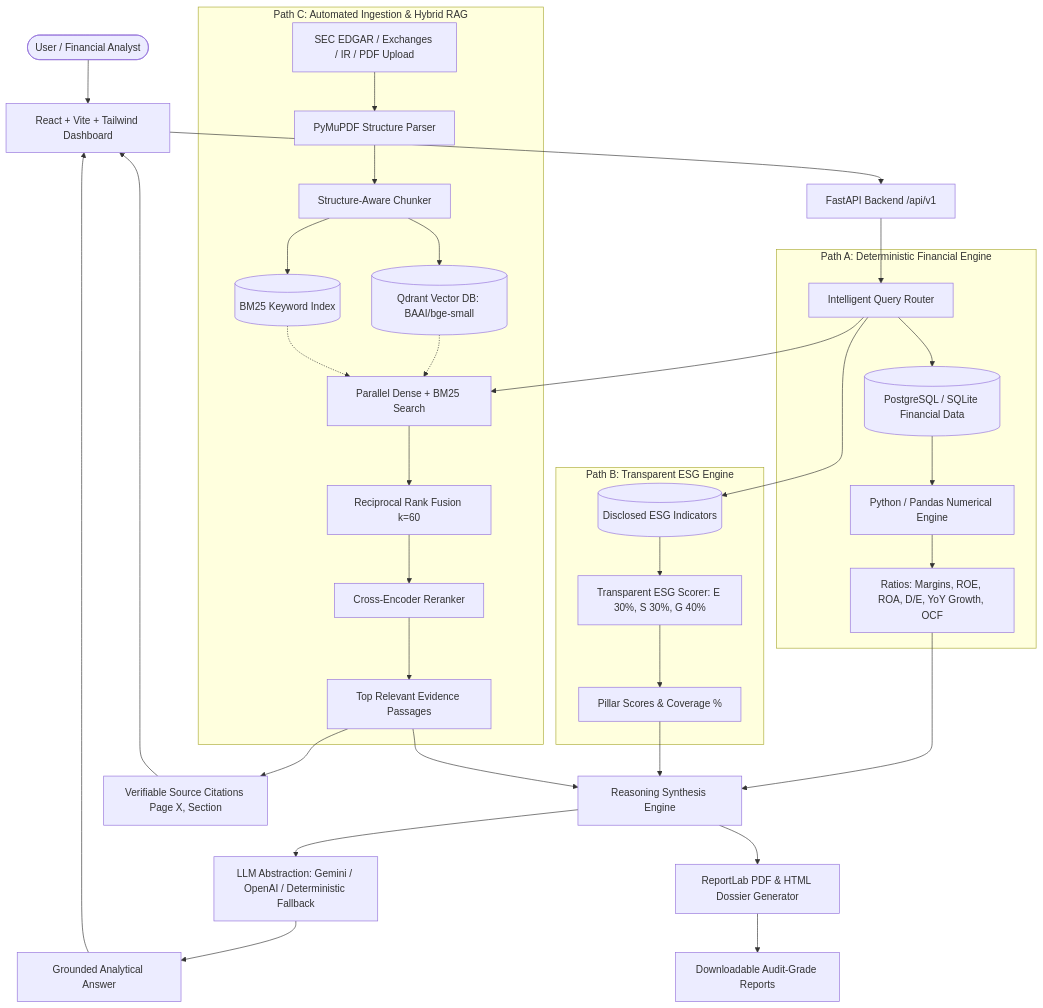
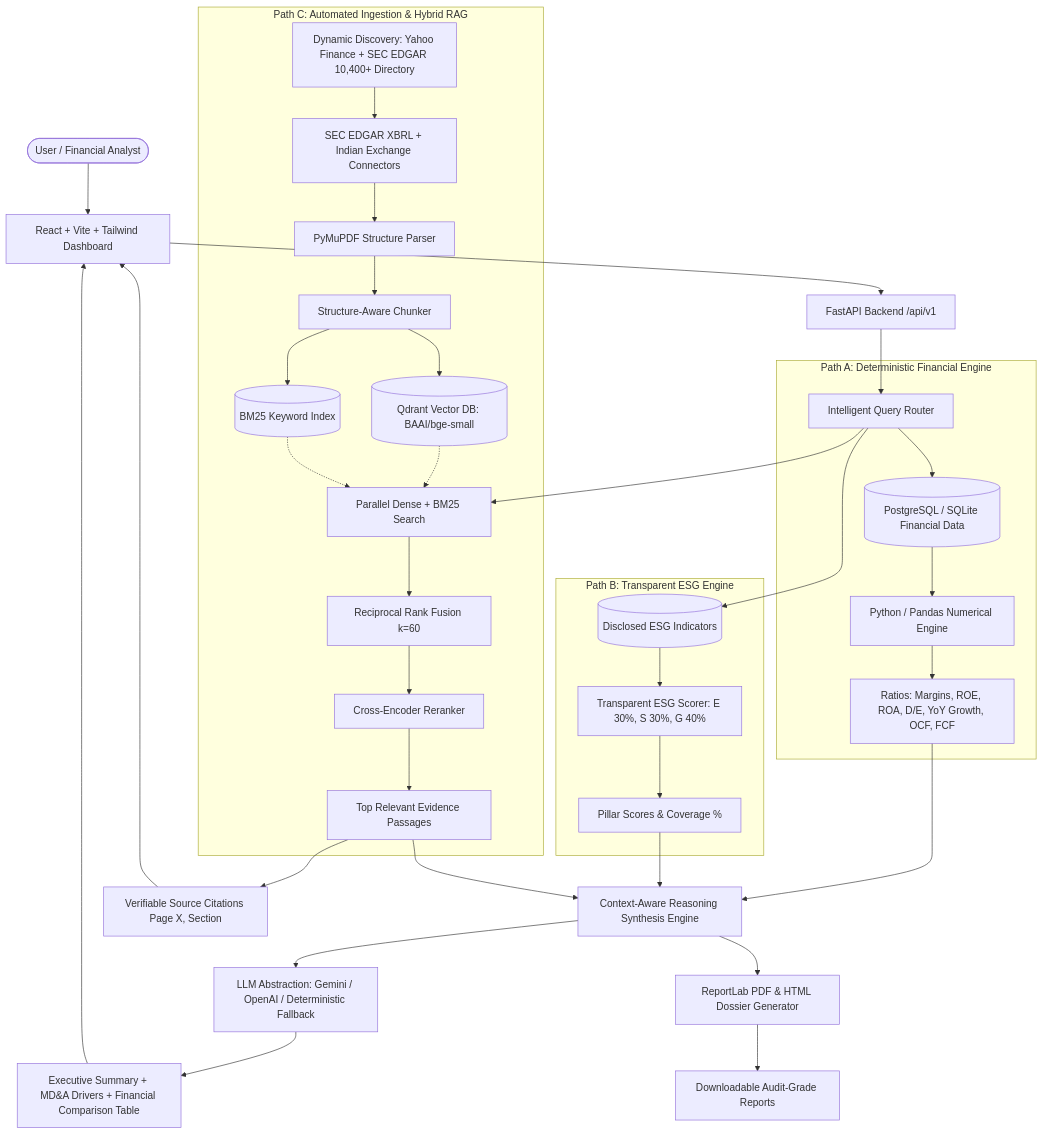
Before and after one commit to vivekmnit1996/AI-Financial-Analyst: the diagram in README.md, drawn with Mermaid. The commit also changed other lines of this file and 3 other files, not shown here.

Commit message:
docs(readme): document dynamic discovery, connectors & fix RAG chatbot executive answer synthesis

````diff
--- a/README.md
+++ b/README.md
@@ -11,46 +11,47 @@
 ```mermaid
 flowchart TD
     User([User / Financial Analyst]) --> Dashboard[React + Vite + Tailwind Dashboard]
     Dashboard --> API[FastAPI Backend /api/v1]
     
     API --> Router[Intelligent Query Router]
     
     subgraph PathA [Path A: Deterministic Financial Engine]
         Router --> FinDB[(PostgreSQL / SQLite Financial Data)]
         FinDB --> PandasEngine[Python / Pandas Numerical Engine]
-        PandasEngine --> FinMetrics[Ratios: Margins, ROE, ROA, D/E, YoY Growth, OCF]
+        PandasEngine --> FinMetrics[Ratios: Margins, ROE, ROA, D/E, YoY Growth, OCF, FCF]
     end
 
     subgraph PathB [Path B: Transparent ESG Engine]
         Router --> ESGDB[(Disclosed ESG Indicators)]
         ESGDB --> ESGScorer[Transparent ESG Scorer: E 30%, S 30%, G 40%]
         ESGScorer --> ESGMetrics[Pillar Scores & Coverage %]
     end
 
     subgraph PathC [Path C: Automated Ingestion & Hybrid RAG]
-        Sources[SEC EDGAR / Exchanges / IR / PDF Upload] --> DocParser[PyMuPDF Structure Parser]
+        Discovery[Dynamic Discovery: Yahoo Finance + SEC EDGAR 10,400+ Directory] --> Connectors
+        Connectors[SEC EDGAR XBRL + Indian Exchange Connectors] --> DocParser[PyMuPDF Structure Parser]
         DocParser --> Chunker[Structure-Aware Chunker]
         Chunker --> VectorStore[(Qdrant Vector DB: BAAI/bge-small)]
         Chunker --> BM25[(BM25 Keyword Index)]
         
         Router --> HybridSearch[Parallel Dense + BM25 Search]
         VectorStore -.-> HybridSearch
         BM25 -.-> HybridSearch
         HybridSearch --> RRF[Reciprocal Rank Fusion k=60]
         RRF --> Reranker[Cross-Encoder Reranker]
         Reranker --> TopEvidence[Top Relevant Evidence Passages]
     end
 
-    FinMetrics --> SynthesisEngine[Reasoning Synthesis Engine]
+    FinMetrics --> SynthesisEngine[Context-Aware Reasoning Synthesis Engine]
     ESGMetrics --> SynthesisEngine
     TopEvidence --> SynthesisEngine
     
     SynthesisEngine --> LLM[LLM Abstraction: Gemini / OpenAI / Deterministic Fallback]
-    LLM --> GroundedResponse[Grounded Analytical Answer]
+    LLM --> GroundedResponse[Executive Summary + MD&A Drivers + Financial Comparison Table]
     TopEvidence --> Citations[Verifiable Source Citations Page X, Section]
     
     GroundedResponse --> Dashboard
     Citations --> Dashboard
     SynthesisEngine --> ReportGen[ReportLab PDF & HTML Dossier Generator]
     ReportGen --> DownloadableReports[Downloadable Audit-Grade Reports]
 ```
````
